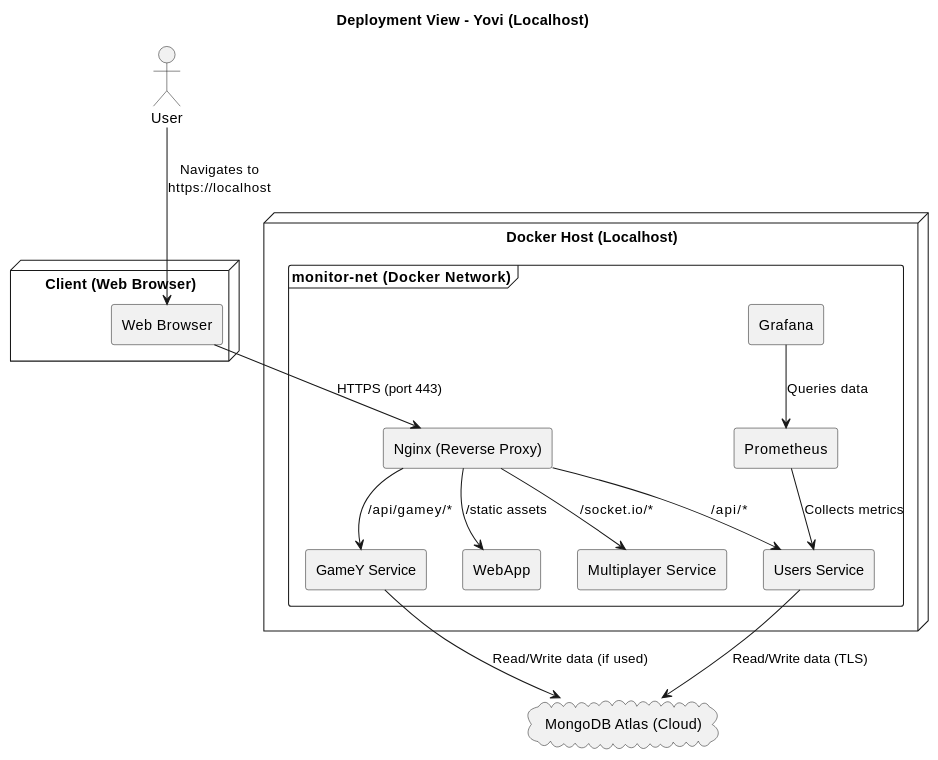
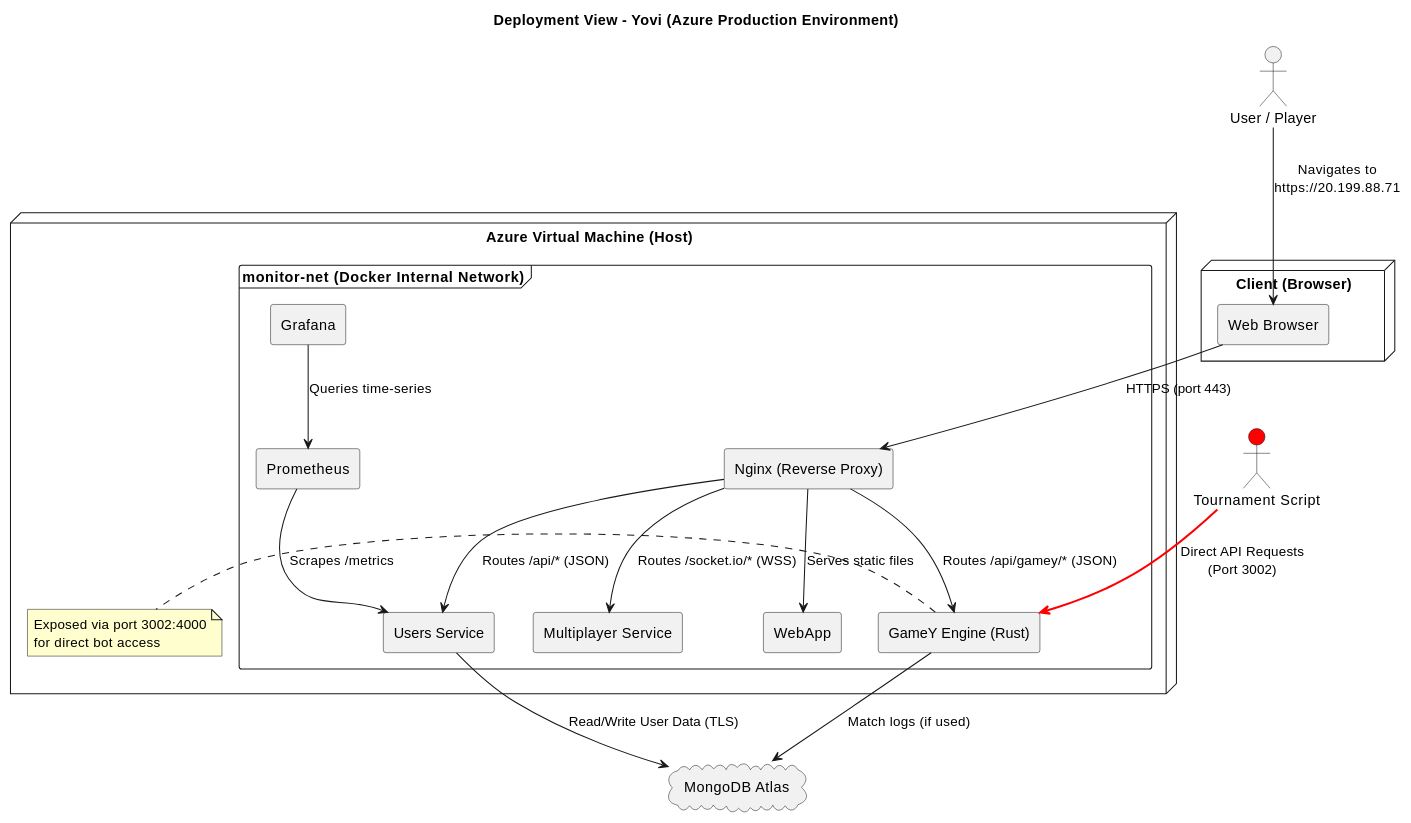
One commit to Arquisoft/yovi_es1a changed the first of 6 diagrams in docs/src/07_deployment_view.adoc. Above: the diagram before and after it, drawn with PlantUML. The commit also changed other lines of this file and 2 other files, not shown here.

Commit message:
changes in documentation

```diff
--- a/docs/src/07_deployment_view.adoc
+++ b/docs/src/07_deployment_view.adoc
@@ -63,43 +63,52 @@
 [plantuml]
 ----
 @startuml
-title Deployment View - Yovi (Localhost)
+title Deployment View - Yovi (Azure Production Environment)
 
 skinparam shadowing false
 skinparam componentStyle rectangle
+skinparam NoteBackgroundColor #FEFECE
 
-actor User
+actor "User / Player" as user
+actor "Tournament Script" as bot #Red
 
-node "Client (Web Browser)" as client {
-  [Web Browser] as browser
+node "Client (Browser)" as client {
+    [Web Browser] as browser
 }
 
-node "Docker Host (Localhost)" as host {
-  frame "monitor-net (Docker Network)" as net {
-    [Nginx (Reverse Proxy)] as nginx
-    [WebApp] as webapp
-    [Users Service] as users
-    [GameY Service] as gamey
-    [Multiplayer Service] as multiplayer
-    [Prometheus] as prom
-    [Grafana] as graf
-  }
+node "Azure Virtual Machine (Host)" as host {
+    
+    frame "monitor-net (Docker Internal Network)" as net {
+        [Nginx (Reverse Proxy)] as nginx
+        [WebApp] as webapp
+        [Users Service] as users
+        [Multiplayer Service] as multi
+        [GameY Engine (Rust)] as gamey
+        [Prometheus] as prom
+        [Grafana] as graf
+    }
+
+    note right of gamey
+        Exposed via port 3002:4000
+        for direct bot access
+    end note
 }
 
-cloud "MongoDB Atlas (Cloud)" as mongo
+cloud "MongoDB Atlas" as mongo
 
-User --> browser : Navigates to\nhttps://localhost
+user --> browser : Navigates to\nhttps://20.199.88.71
+browser --> nginx : HTTPS (port 443)
 
-browser --> nginx : HTTPS (port 443)
-nginx --> webapp : /static assets
-nginx --> users : /api/*
-nginx --> gamey : /api/gamey/*
-nginx --> multiplayer : /socket.io/*
+nginx --> webapp : Serves static files
+nginx --> users : Routes /api/* (JSON)
+nginx --> multi : Routes /socket.io/* (WSS)
+nginx --> gamey : Routes /api/gamey/* (JSON)
 
-users --> mongo : Read/Write data (TLS)
-gamey --> mongo : Read/Write data (if used)
+bot -[#red,bold]-> gamey : Direct API Requests\n(Port 3002)
 
-graf --> prom : Queries data
-prom --> users : Collects metrics
+users --> mongo : Read/Write User Data (TLS)
+gamey --> mongo : Match logs (if used)
+prom --> users : Scrapes /metrics
+graf --> prom : Queries time-series
 @enduml
 ----
```
